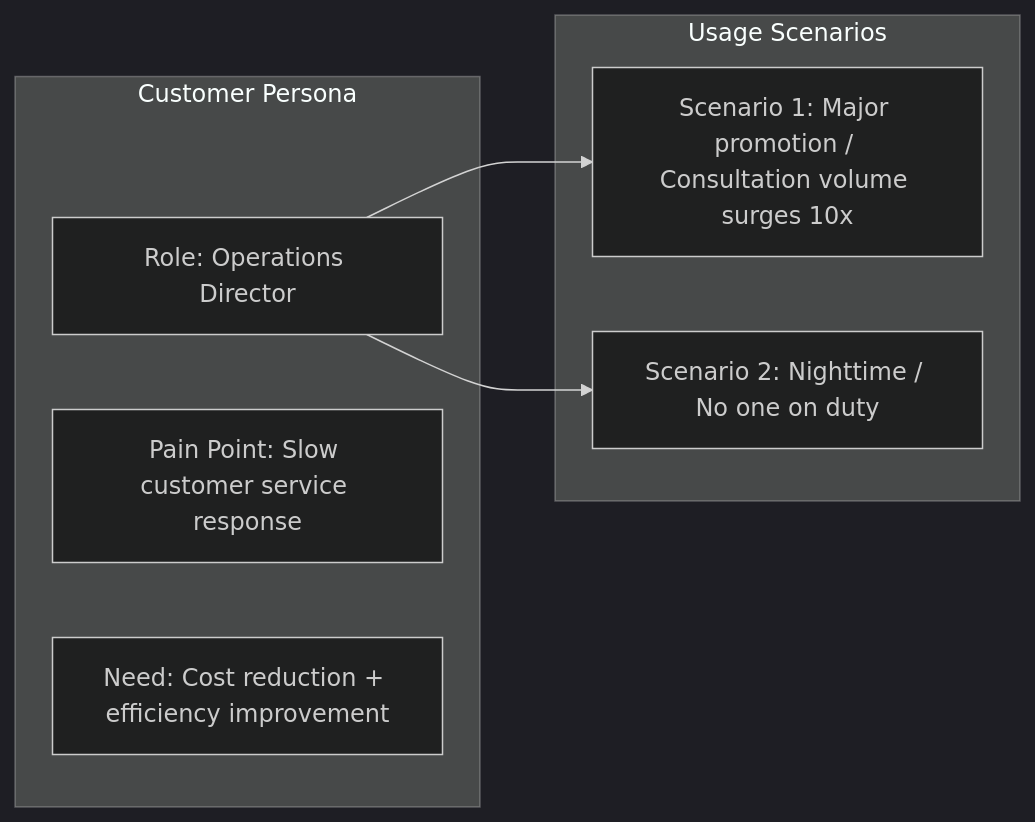
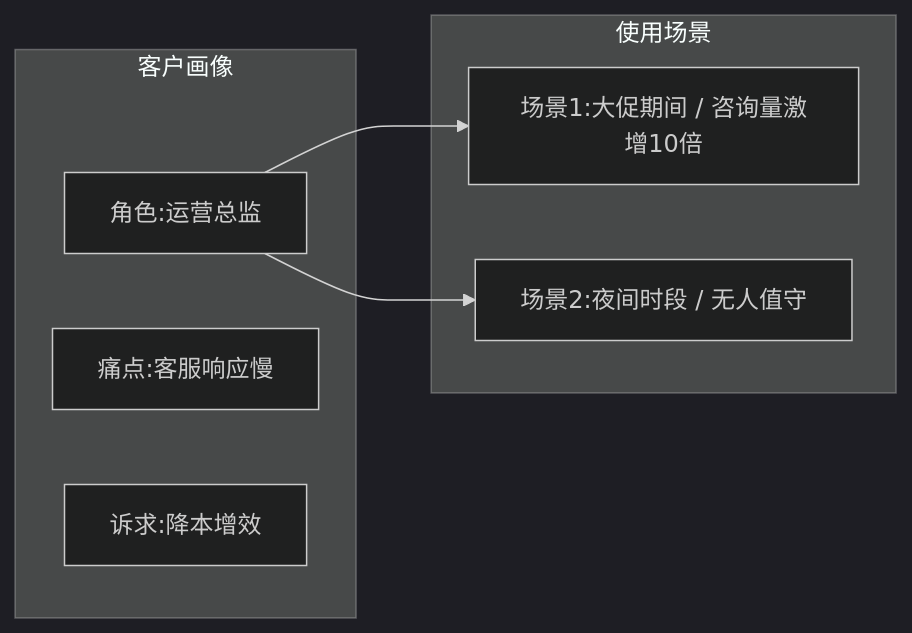
One commit to Kirky-X/cangjie changed the fourth of 11 diagrams in templates/Product/Strategy/Template-Project-Charter.md. Above: the diagram before and after it, drawn with Mermaid (dark theme). The commit also changed other lines of this file and 33 other files, not shown here.

````diff
--- a/templates/Product/Strategy/Template-Project-Charter.md
+++ b/templates/Product/Strategy/Template-Project-Charter.md
@@ -214,14 +214,14 @@
 ```mermaid
 flowchart LR
-    subgraph Customer Persona
-        C1[Role: Operations Director]
-        C2[Pain Point: Slow customer service response]
-        C3[Need: Cost reduction + efficiency improvement]
+    subgraph 客户画像
+        C1[角色:运营总监]
+        C2[痛点:客服响应慢]
+        C3[诉求:降本增效]
     end
-    subgraph Usage Scenarios
-        S1[Scenario 1: Major promotion / Consultation volume surges 10x]
-        S2[Scenario 2: Nighttime / No one on duty]
+    subgraph 使用场景
+        S1[场景1:大促期间 / 咨询量激增10倍]
+        S2[场景2:夜间时段 / 无人值守]
     end
     C1 --> S1
     C1 --> S2
 ```
````
